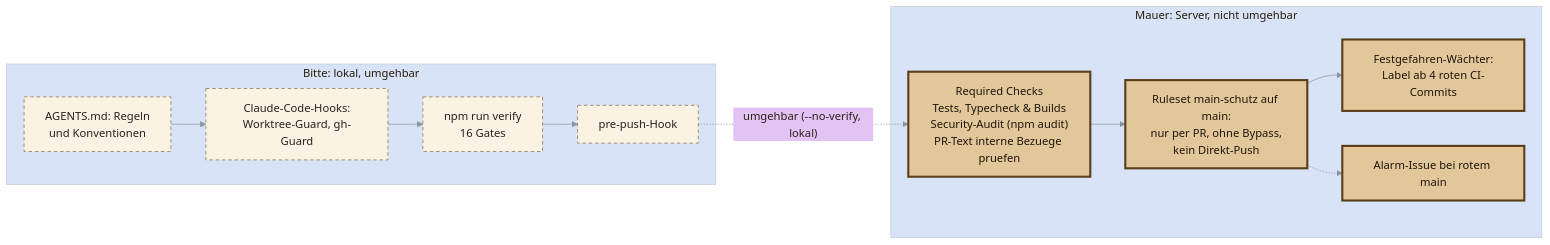
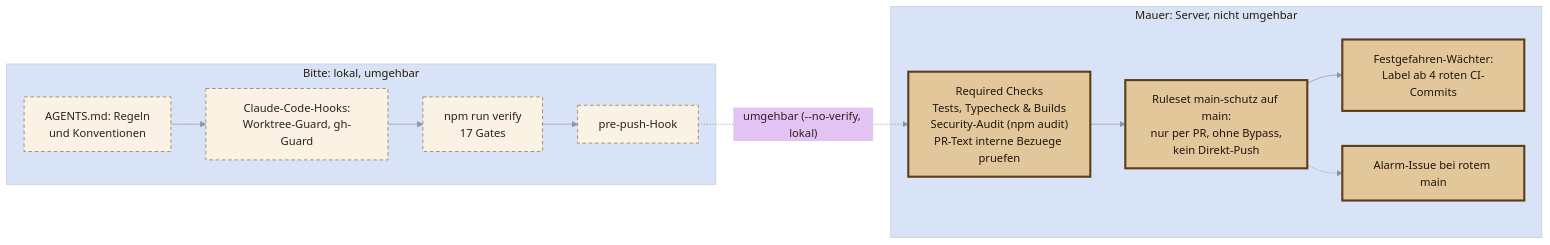
One commit to fluffels/kubernia changed the third of 3 diagrams in docs/agent-harness.md. Above: the diagram before and after it, drawn with Mermaid. The commit also changed other lines of this file and 18 other files, not shown here.

````diff
--- a/docs/agent-harness.md
+++ b/docs/agent-harness.md
@@ -616,36 +626,36 @@
 ```mermaid
 ---
 config:
   theme: base
   look: classic
   layout: dagre
   themeVariables:
     lineColor: "#8b949e"
     primaryColor: "#f3e3c3"
     primaryTextColor: "#2b2118"
     primaryBorderColor: "#8a6a3f"
 ---
 flowchart LR
   subgraph bitte["Bitte: lokal, umgehbar"]
     regeln["AGENTS.md: Regeln<br/>und Konventionen"]
     hooks["Claude-Code-Hooks:<br/>Worktree-Guard, gh-Guard"]
-    verify["npm run verify<br/>16 Gates"]
+    verify["npm run verify<br/>17 Gates"]
     prepush["pre-push-Hook"]
   end
   subgraph mauer["Mauer: Server, nicht umgehbar"]
     checks["Required Checks<br/>Tests, Typecheck & Builds<br/>Security-Audit (npm audit)<br/>PR-Text interne Bezuege pruefen"]
     ruleset["Ruleset main-schutz auf main:<br/>nur per PR, ohne Bypass,<br/>kein Direkt-Push"]
     wachter["Festgefahren-Wächter:<br/>Label ab 4 roten CI-Commits"]
     alarm["Alarm-Issue bei rotem main"]
   end
   regeln --> hooks --> verify --> prepush
   prepush -. "umgehbar (--no-verify, lokal)" .-> checks
   checks --> ruleset
   ruleset --> wachter
   ruleset -.-> alarm
 
   classDef bittecls fill:#faf3e3,stroke:#8a6a3f,color:#2b2118,stroke-dasharray:5 4
   classDef mauercls fill:#e2c79a,stroke:#5c3d1a,color:#1f160d,stroke-width:3px
   class regeln,hooks,verify,prepush bittecls
   class checks,ruleset,wachter,alarm mauercls
 ```
````
